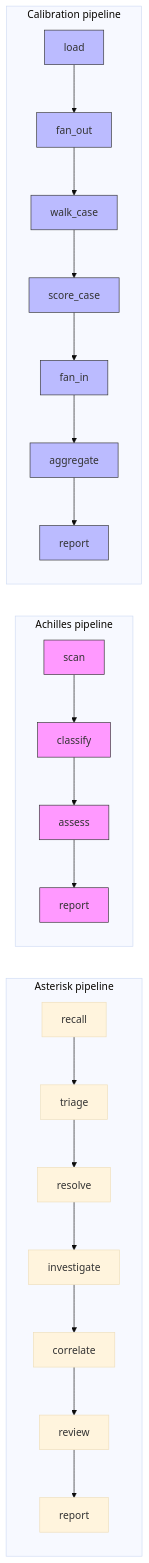
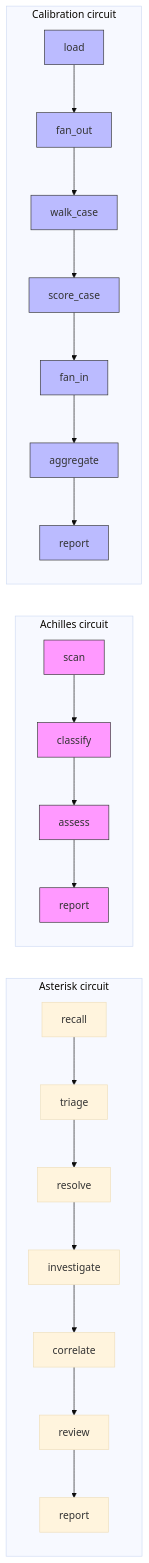
The first of 2 diagrams in .cursor/contracts/completed/framework/origami-marbles.md (dpopsuev/origami), drawn with Mermaid (base theme) before and after one commit. The commit also changed other lines of this file and 315 other files, not shown here.

````diff
--- a/.cursor/contracts/completed/framework/origami-marbles.md
+++ b/.cursor/contracts/completed/framework/origami-marbles.md
@@ -32,28 +32,28 @@
 ```mermaid
 flowchart LR
-    subgraph ast [Asterisk pipeline]
+    subgraph ast [Asterisk circuit]
         A1[recall] --> A2[triage] --> A4[resolve]
         A4 --> A5[investigate] --> A6[correlate] --> A7[review] --> A8[report]
     end
 
-    subgraph ach [Achilles pipeline]
+    subgraph ach [Achilles circuit]
         B1[scan] --> B2[classify] --> B3[assess] --> B4[report]
     end
 
-    subgraph cal [Calibration pipeline]
+    subgraph cal [Calibration circuit]
         C1[load] --> C2[fan_out] --> C3[walk_case] --> C4[score_case]
         C4 --> C5[fan_in] --> C6[aggregate] --> C7[report]
     end
 
     style B1 fill:#f9f,stroke:#333
     style B2 fill:#f9f,stroke:#333
     style B3 fill:#f9f,stroke:#333
     style B4 fill:#f9f,stroke:#333
     style C1 fill:#bbf,stroke:#333
     style C2 fill:#bbf,stroke:#333
     style C3 fill:#bbf,stroke:#333
     style C4 fill:#bbf,stroke:#333
     style C5 fill:#bbf,stroke:#333
     style C6 fill:#bbf,stroke:#333
     style C7 fill:#bbf,stroke:#333
 ```
````
